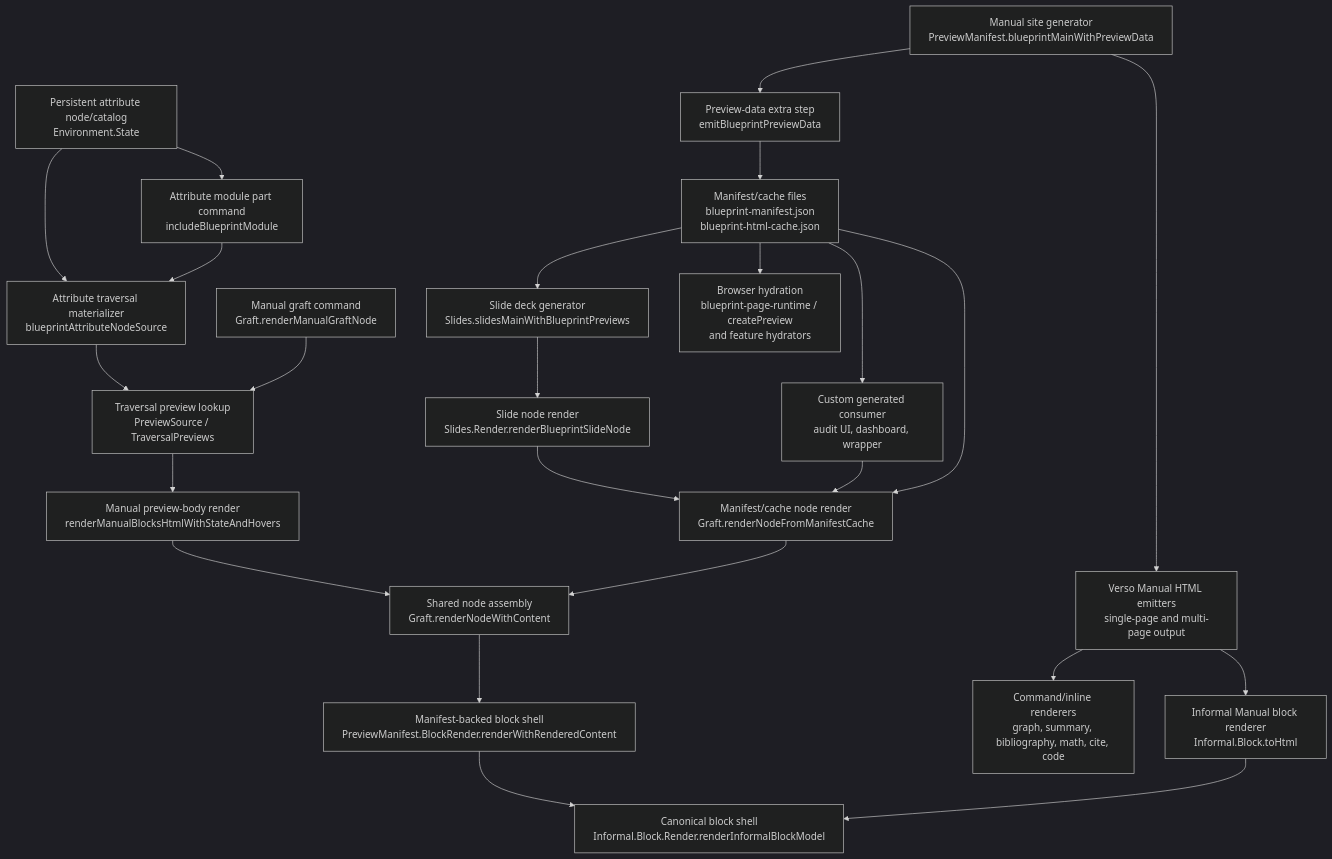
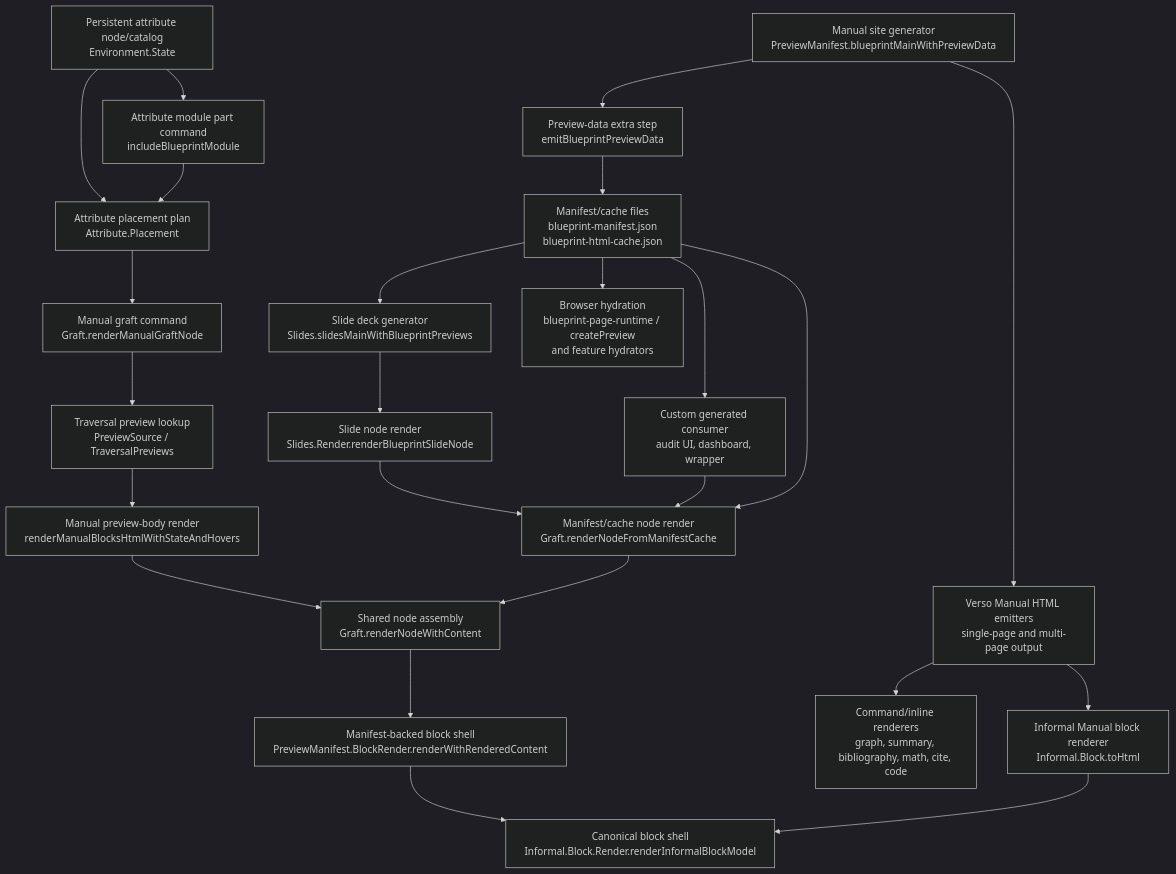
One commit to leanprover/verso-blueprint changed the third of 3 diagrams in doc/DESIGN_RATIONALE.md. Above: the diagram before and after it, drawn with Mermaid (dark theme). The commit also changed other lines of this file and 5 other files, not shown here.

Commit message:
refactor: clarify Blueprint module contribution catalogs

````diff
--- a/doc/DESIGN_RATIONALE.md
+++ b/doc/DESIGN_RATIONALE.md
@@ -496,51 +499,51 @@
 ```mermaid
 flowchart TD
   manualMain["Manual site generator<br/>PreviewManifest.blueprintMainWithPreviewData"]
   versoEmit["Verso Manual HTML emitters<br/>single-page and multi-page output"]
   informalManual["Informal Manual block renderer<br/>Informal.Block.toHtml"]
   commandRenderers["Command/inline renderers<br/>graph, summary, bibliography, math, cite, code"]
   previewExtra["Preview-data extra step<br/>emitBlueprintPreviewData"]
   previewFiles["Manifest/cache files<br/>blueprint-manifest.json<br/>blueprint-html-cache.json"]
 
   attributeEnv["Persistent attribute node/catalog<br/>Environment.State"]
   moduleInclude["Attribute module part command<br/>includeBlueprintModule"]
-  attributeMaterializer["Attribute traversal materializer<br/>blueprintAttributeNodeSource"]
+  attributePlacement["Attribute placement plan<br/>Attribute.Placement"]
   manualGraft["Manual graft command<br/>Graft.renderManualGraftNode"]
   traversalPreview["Traversal preview lookup<br/>PreviewSource / TraversalPreviews"]
   manualPreviewHtml["Manual preview-body render<br/>renderManualBlocksHtmlWithStateAndHovers"]
 
   slideMain["Slide deck generator<br/>Slides.slidesMainWithBlueprintPreviews"]
   slideRender["Slide node render<br/>Slides.Render.renderBlueprintSlideNode"]
   customRender["Custom generated consumer<br/>audit UI, dashboard, wrapper"]
   graftCache["Manifest/cache node render<br/>Graft.renderNodeFromManifestCache"]
   graftContent["Shared node assembly<br/>Graft.renderNodeWithContent"]
   manifestBlock["Manifest-backed block shell<br/>PreviewManifest.BlockRender.renderWithRenderedContent"]
   blockShell["Canonical block shell<br/>Informal.Block.Render.renderInformalBlockModel"]
   browserRuntime["Browser hydration<br/>blueprint-page-runtime / createPreview<br/>and feature hydrators"]
 
   manualMain --> versoEmit
   versoEmit --> informalManual
   versoEmit --> commandRenderers
   manualMain --> previewExtra
   previewExtra --> previewFiles
 
   attributeEnv --> moduleInclude
-  attributeEnv --> attributeMaterializer
-  moduleInclude --> attributeMaterializer
-  attributeMaterializer --> traversalPreview
+  attributeEnv --> attributePlacement
+  moduleInclude --> attributePlacement
+  attributePlacement --> manualGraft
   manualGraft --> traversalPreview
   traversalPreview --> manualPreviewHtml
   manualPreviewHtml --> graftContent
 
   previewFiles --> slideMain
   slideMain --> slideRender
   slideRender --> graftCache
   previewFiles --> customRender
   customRender --> graftCache
   previewFiles --> graftCache
   graftCache --> graftContent
   graftContent --> manifestBlock
   manifestBlock --> blockShell
   informalManual --> blockShell
   previewFiles --> browserRuntime
 ```
````
